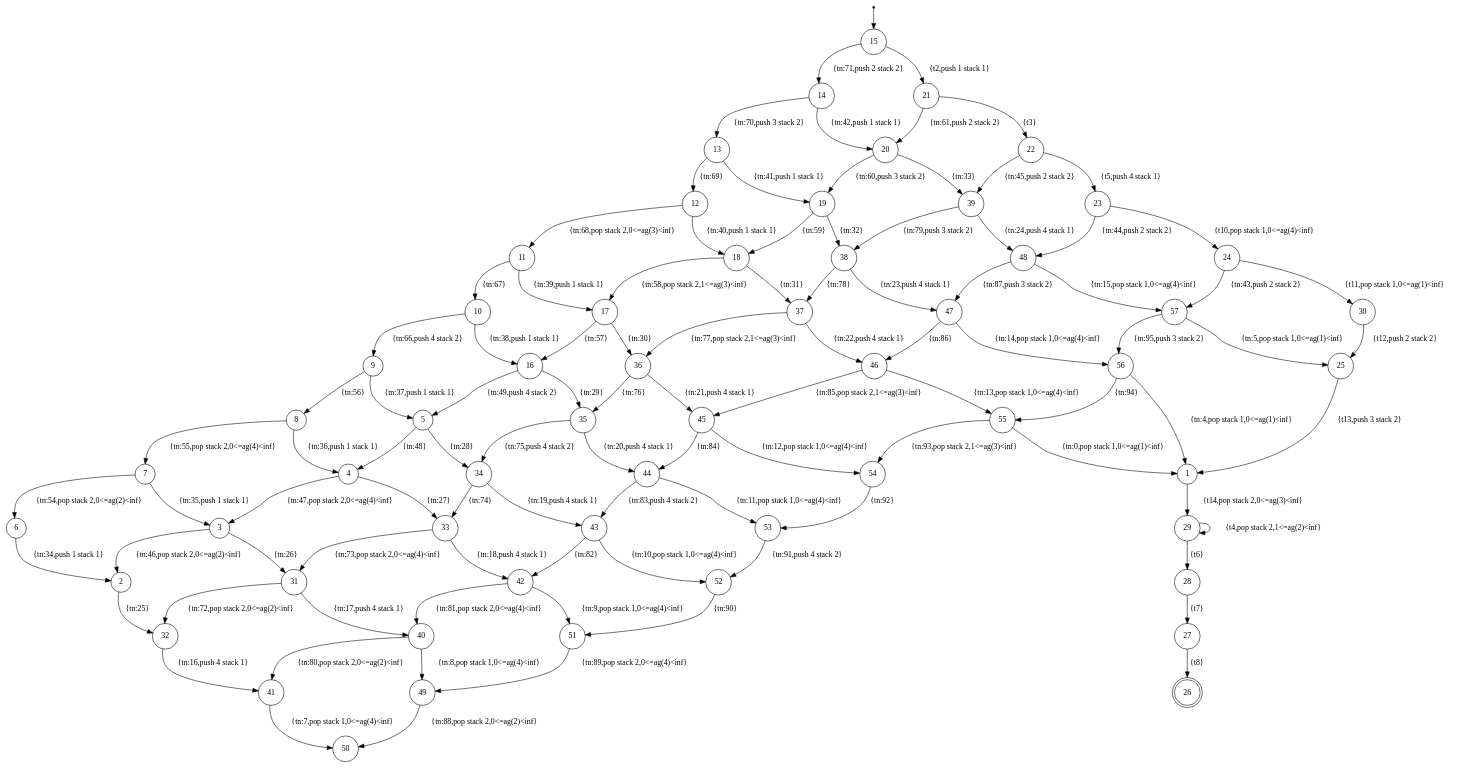
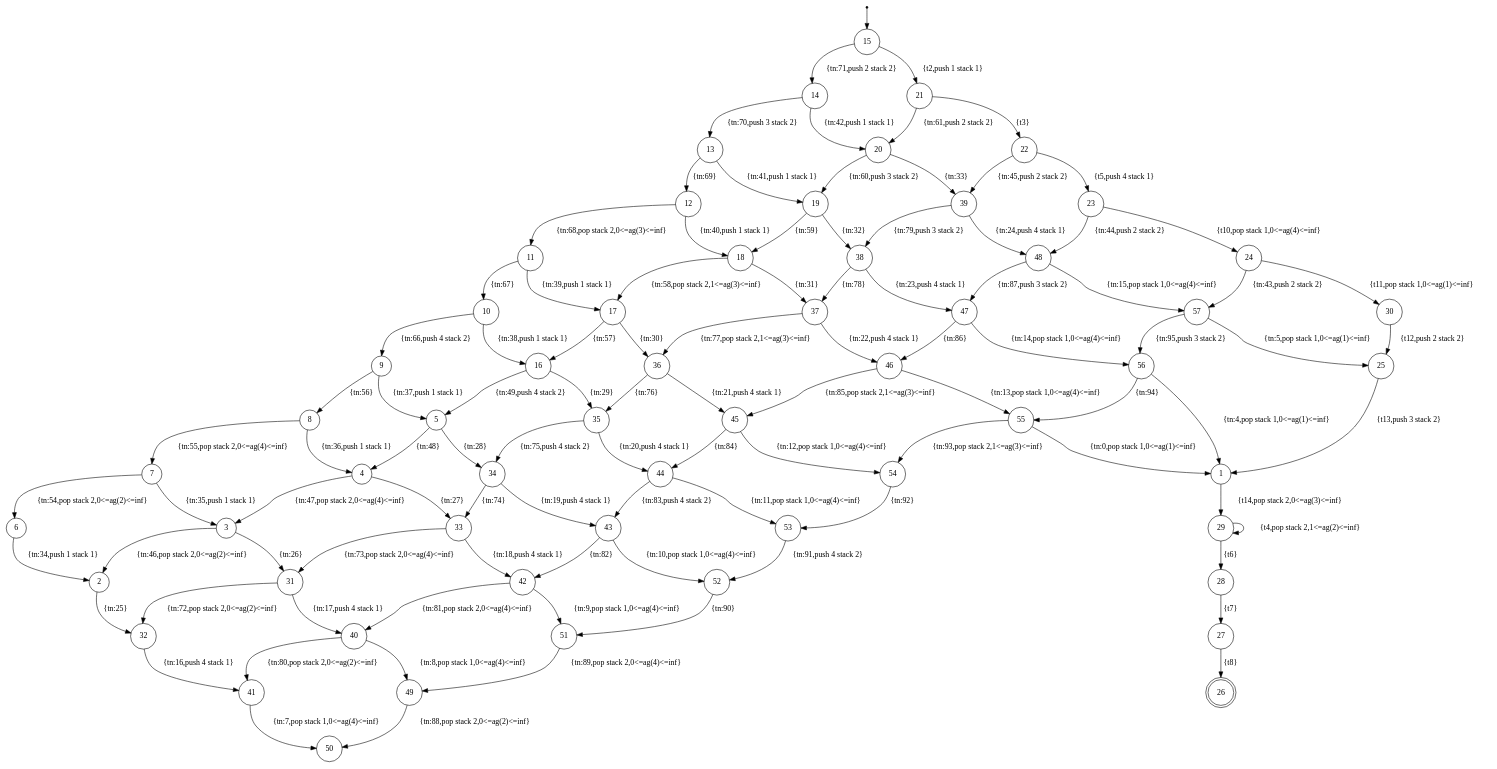
Before and after one commit to Sparsa/bhim: the diagram in Benchmarks in Paper/Timed/Bluetooth/BluetoothTimed.xml.dot, drawn with Graphviz. The commit also changed 18 other files, not shown here.

```diff
--- a/Benchmarks in Paper/Timed/Bluetooth/BluetoothTimed.xml.dot
+++ b/Benchmarks in Paper/Timed/Bluetooth/BluetoothTimed.xml.dot
@@ -1,102 +1,102 @@
 digraph finite_state_machine {
 	node [shape = point ]; qi0;
 	node [shape = doublecircle];26;
 	node [shape=circle];
 	qi0 -> 15;
-	55 -> 1 [ label = "{tn:0,pop stack 1,0<=ag(1)<inf}" ];
-	29 -> 29 [ label = "{t4,pop stack 2,1<=ag(2)<inf}" ];
-	1 -> 29 [ label = "{t14,pop stack 2,0<=ag(3)<inf}" ];
+	55 -> 1 [ label = "{tn:0,pop stack 1,0<=ag(1)<=inf}" ];
+	29 -> 29 [ label = "{t4,pop stack 2,1<=ag(2)<=inf}" ];
+	1 -> 29 [ label = "{t14,pop stack 2,0<=ag(3)<=inf}" ];
 	25 -> 1 [ label = "{t13,push 3 stack 2}" ];
-	56 -> 1 [ label = "{tn:4,pop stack 1,0<=ag(1)<inf}" ];
-	57 -> 25 [ label = "{tn:5,pop stack 1,0<=ag(1)<inf}" ];
+	56 -> 1 [ label = "{tn:4,pop stack 1,0<=ag(1)<=inf}" ];
+	57 -> 25 [ label = "{tn:5,pop stack 1,0<=ag(1)<=inf}" ];
 	30 -> 25 [ label = "{t12,push 2 stack 2}" ];
-	41 -> 50 [ label = "{tn:7,pop stack 1,0<=ag(4)<inf}" ];
-	40 -> 49 [ label = "{tn:8,pop stack 1,0<=ag(4)<inf}" ];
-	42 -> 51 [ label = "{tn:9,pop stack 1,0<=ag(4)<inf}" ];
-	43 -> 52 [ label = "{tn:10,pop stack 1,0<=ag(4)<inf}" ];
-	44 -> 53 [ label = "{tn:11,pop stack 1,0<=ag(4)<inf}" ];
-	45 -> 54 [ label = "{tn:12,pop stack 1,0<=ag(4)<inf}" ];
-	46 -> 55 [ label = "{tn:13,pop stack 1,0<=ag(4)<inf}" ];
-	47 -> 56 [ label = "{tn:14,pop stack 1,0<=ag(4)<inf}" ];
-	48 -> 57 [ label = "{tn:15,pop stack 1,0<=ag(4)<inf}" ];
+	41 -> 50 [ label = "{tn:7,pop stack 1,0<=ag(4)<=inf}" ];
+	40 -> 49 [ label = "{tn:8,pop stack 1,0<=ag(4)<=inf}" ];
+	42 -> 51 [ label = "{tn:9,pop stack 1,0<=ag(4)<=inf}" ];
+	43 -> 52 [ label = "{tn:10,pop stack 1,0<=ag(4)<=inf}" ];
+	44 -> 53 [ label = "{tn:11,pop stack 1,0<=ag(4)<=inf}" ];
+	45 -> 54 [ label = "{tn:12,pop stack 1,0<=ag(4)<=inf}" ];
+	46 -> 55 [ label = "{tn:13,pop stack 1,0<=ag(4)<=inf}" ];
+	47 -> 56 [ label = "{tn:14,pop stack 1,0<=ag(4)<=inf}" ];
+	48 -> 57 [ label = "{tn:15,pop stack 1,0<=ag(4)<=inf}" ];
 	32 -> 41 [ label = "{tn:16,push 4 stack 1}" ];
 	31 -> 40 [ label = "{tn:17,push 4 stack 1}" ];
 	33 -> 42 [ label = "{tn:18,push 4 stack 1}" ];
 	34 -> 43 [ label = "{tn:19,push 4 stack 1}" ];
 	35 -> 44 [ label = "{tn:20,push 4 stack 1}" ];
 	36 -> 45 [ label = "{tn:21,push 4 stack 1}" ];
 	37 -> 46 [ label = "{tn:22,push 4 stack 1}" ];
 	38 -> 47 [ label = "{tn:23,push 4 stack 1}" ];
 	39 -> 48 [ label = "{tn:24,push 4 stack 1}" ];
 	2 -> 32 [ label = "{tn:25}" ];
 	3 -> 31 [ label = "{tn:26}" ];
 	4 -> 33 [ label = "{tn:27}" ];
 	5 -> 34 [ label = "{tn:28}" ];
 	16 -> 35 [ label = "{tn:29}" ];
 	17 -> 36 [ label = "{tn:30}" ];
 	18 -> 37 [ label = "{tn:31}" ];
 	19 -> 38 [ label = "{tn:32}" ];
 	20 -> 39 [ label = "{tn:33}" ];
 	6 -> 2 [ label = "{tn:34,push 1 stack 1}" ];
 	7 -> 3 [ label = "{tn:35,push 1 stack 1}" ];
 	8 -> 4 [ label = "{tn:36,push 1 stack 1}" ];
 	9 -> 5 [ label = "{tn:37,push 1 stack 1}" ];
 	10 -> 16 [ label = "{tn:38,push 1 stack 1}" ];
 	11 -> 17 [ label = "{tn:39,push 1 stack 1}" ];
 	12 -> 18 [ label = "{tn:40,push 1 stack 1}" ];
 	13 -> 19 [ label = "{tn:41,push 1 stack 1}" ];
 	14 -> 20 [ label = "{tn:42,push 1 stack 1}" ];
 	24 -> 57 [ label = "{tn:43,push 2 stack 2}" ];
 	23 -> 48 [ label = "{tn:44,push 2 stack 2}" ];
 	22 -> 39 [ label = "{tn:45,push 2 stack 2}" ];
-	3 -> 2 [ label = "{tn:46,pop stack 2,0<=ag(2)<inf}" ];
-	4 -> 3 [ label = "{tn:47,pop stack 2,0<=ag(4)<inf}" ];
+	3 -> 2 [ label = "{tn:46,pop stack 2,0<=ag(2)<=inf}" ];
+	4 -> 3 [ label = "{tn:47,pop stack 2,0<=ag(4)<=inf}" ];
 	5 -> 4 [ label = "{tn:48}" ];
 	16 -> 5 [ label = "{tn:49,push 4 stack 2}" ];
 	27 -> 26 [ label = "{t8}" ];
 	28 -> 27 [ label = "{t7}" ];
 	29 -> 28 [ label = "{t6}" ];
 	15 -> 21 [ label = "{t2,push 1 stack 1}" ];
-	7 -> 6 [ label = "{tn:54,pop stack 2,0<=ag(2)<inf}" ];
-	8 -> 7 [ label = "{tn:55,pop stack 2,0<=ag(4)<inf}" ];
+	7 -> 6 [ label = "{tn:54,pop stack 2,0<=ag(2)<=inf}" ];
+	8 -> 7 [ label = "{tn:55,pop stack 2,0<=ag(4)<=inf}" ];
 	9 -> 8 [ label = "{tn:56}" ];
 	17 -> 16 [ label = "{tn:57}" ];
-	18 -> 17 [ label = "{tn:58,pop stack 2,1<=ag(3)<inf}" ];
+	18 -> 17 [ label = "{tn:58,pop stack 2,1<=ag(3)<=inf}" ];
 	19 -> 18 [ label = "{tn:59}" ];
 	20 -> 19 [ label = "{tn:60,push 3 stack 2}" ];
 	21 -> 20 [ label = "{tn:61,push 2 stack 2}" ];
-	24 -> 30 [ label = "{t11,pop stack 1,0<=ag(1)<inf}" ];
-	23 -> 24 [ label = "{t10,pop stack 1,0<=ag(4)<inf}" ];
+	24 -> 30 [ label = "{t11,pop stack 1,0<=ag(1)<=inf}" ];
+	23 -> 24 [ label = "{t10,pop stack 1,0<=ag(4)<=inf}" ];
 	22 -> 23 [ label = "{t5,push 4 stack 1}" ];
 	21 -> 22 [ label = "{t3}" ];
 	10 -> 9 [ label = "{tn:66,push 4 stack 2}" ];
 	11 -> 10 [ label = "{tn:67}" ];
-	12 -> 11 [ label = "{tn:68,pop stack 2,0<=ag(3)<inf}" ];
+	12 -> 11 [ label = "{tn:68,pop stack 2,0<=ag(3)<=inf}" ];
 	13 -> 12 [ label = "{tn:69}" ];
 	14 -> 13 [ label = "{tn:70,push 3 stack 2}" ];
 	15 -> 14 [ label = "{tn:71,push 2 stack 2}" ];
-	31 -> 32 [ label = "{tn:72,pop stack 2,0<=ag(2)<inf}" ];
-	33 -> 31 [ label = "{tn:73,pop stack 2,0<=ag(4)<inf}" ];
+	31 -> 32 [ label = "{tn:72,pop stack 2,0<=ag(2)<=inf}" ];
+	33 -> 31 [ label = "{tn:73,pop stack 2,0<=ag(4)<=inf}" ];
 	34 -> 33 [ label = "{tn:74}" ];
 	35 -> 34 [ label = "{tn:75,push 4 stack 2}" ];
 	36 -> 35 [ label = "{tn:76}" ];
-	37 -> 36 [ label = "{tn:77,pop stack 2,1<=ag(3)<inf}" ];
+	37 -> 36 [ label = "{tn:77,pop stack 2,1<=ag(3)<=inf}" ];
 	38 -> 37 [ label = "{tn:78}" ];
 	39 -> 38 [ label = "{tn:79,push 3 stack 2}" ];
-	40 -> 41 [ label = "{tn:80,pop stack 2,0<=ag(2)<inf}" ];
-	42 -> 40 [ label = "{tn:81,pop stack 2,0<=ag(4)<inf}" ];
+	40 -> 41 [ label = "{tn:80,pop stack 2,0<=ag(2)<=inf}" ];
+	42 -> 40 [ label = "{tn:81,pop stack 2,0<=ag(4)<=inf}" ];
 	43 -> 42 [ label = "{tn:82}" ];
 	44 -> 43 [ label = "{tn:83,push 4 stack 2}" ];
 	45 -> 44 [ label = "{tn:84}" ];
-	46 -> 45 [ label = "{tn:85,pop stack 2,1<=ag(3)<inf}" ];
+	46 -> 45 [ label = "{tn:85,pop stack 2,1<=ag(3)<=inf}" ];
 	47 -> 46 [ label = "{tn:86}" ];
 	48 -> 47 [ label = "{tn:87,push 3 stack 2}" ];
-	49 -> 50 [ label = "{tn:88,pop stack 2,0<=ag(2)<inf}" ];
-	51 -> 49 [ label = "{tn:89,pop stack 2,0<=ag(4)<inf}" ];
+	49 -> 50 [ label = "{tn:88,pop stack 2,0<=ag(2)<=inf}" ];
+	51 -> 49 [ label = "{tn:89,pop stack 2,0<=ag(4)<=inf}" ];
 	52 -> 51 [ label = "{tn:90}" ];
 	53 -> 52 [ label = "{tn:91,push 4 stack 2}" ];
 	54 -> 53 [ label = "{tn:92}" ];
-	55 -> 54 [ label = "{tn:93,pop stack 2,1<=ag(3)<inf}" ];
+	55 -> 54 [ label = "{tn:93,pop stack 2,1<=ag(3)<=inf}" ];
 	56 -> 55 [ label = "{tn:94}" ];
 	57 -> 56 [ label = "{tn:95,push 3 stack 2}" ];
 }
```
